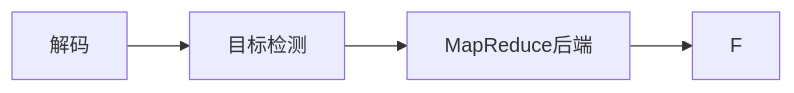
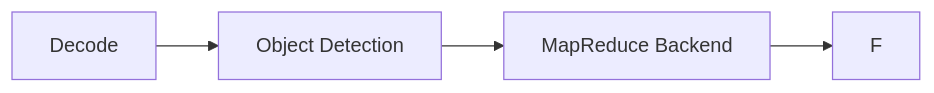
Before and after one commit to torchpipe/torchpipe.github.io: the second of 5 diagrams in docs/Inter-node/graphtraversal.mdx, drawn with Mermaid. The commit also changed other lines of this file and 3 other files, not shown here.

````diff
--- a/docs/Inter-node/graphtraversal.mdx
+++ b/docs/Inter-node/graphtraversal.mdx
@@ -38,6 +40,6 @@
 ```mermaid 主图
 flowchart LR
-    A[解码] --> B[目标检测]
-    B --> MapReduce[MapReduce后端]
+    A[Decode] --> B[Object Detection]
+    B --> MapReduce[MapReduce Backend]
     MapReduce --> F
 ```
````
